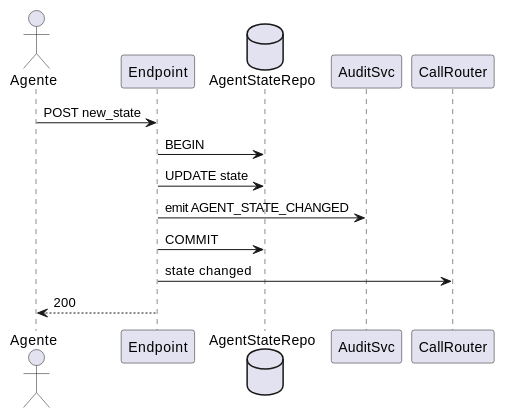
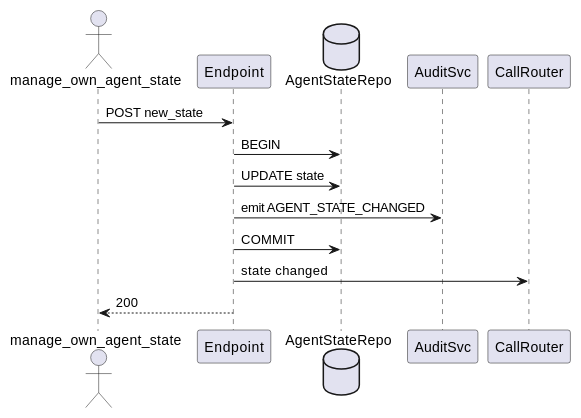
The fourth of 4 diagrams in source/requisitos/casos-uso/operator/uc-opr-01/diagramas-uml.rst (jcg-admin/IACT-docs), drawn with PlantUML before and after one commit. The commit also changed other lines of this file and 77 other files, not shown here.

First line of the commit message:
Enforce RBAC function names as actors in all UML diagrams

```diff
--- a/source/requisitos/casos-uso/operator/uc-opr-01/diagramas-uml.rst
+++ b/source/requisitos/casos-uso/operator/uc-opr-01/diagramas-uml.rst
@@ -70,16 +70,16 @@
 .. uml::
 
  @startuml
- actor "Agente" as AG
+ actor "manage_own_agent_state" as AG
  participant "Endpoint" as E
  database "AgentStateRepo" as R
  participant "AuditSvc" as A
  participant "CallRouter" as CR
  AG -> E: POST new_state
  E -> R: BEGIN
  E -> R: UPDATE state
  E -> A: emit AGENT_STATE_CHANGED
  E -> R: COMMIT
  E -> CR: state changed
  E --> AG: 200
  @enduml
```
